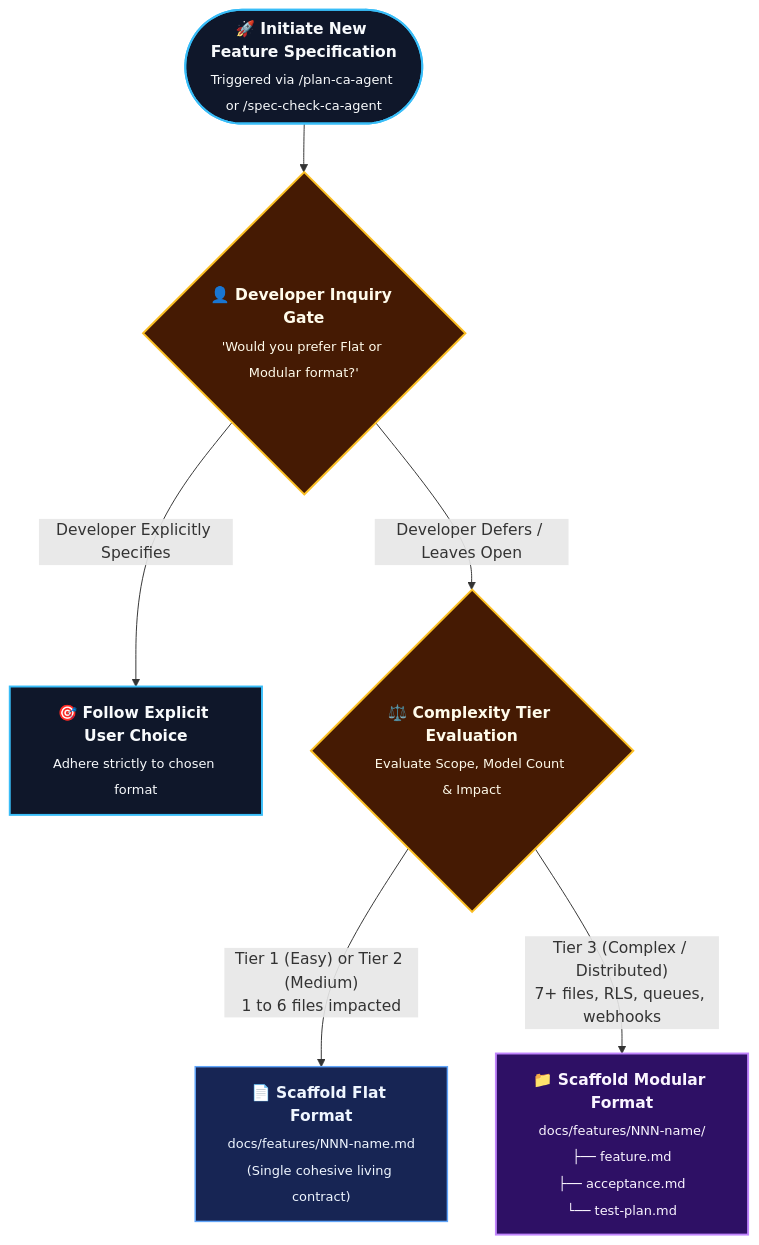
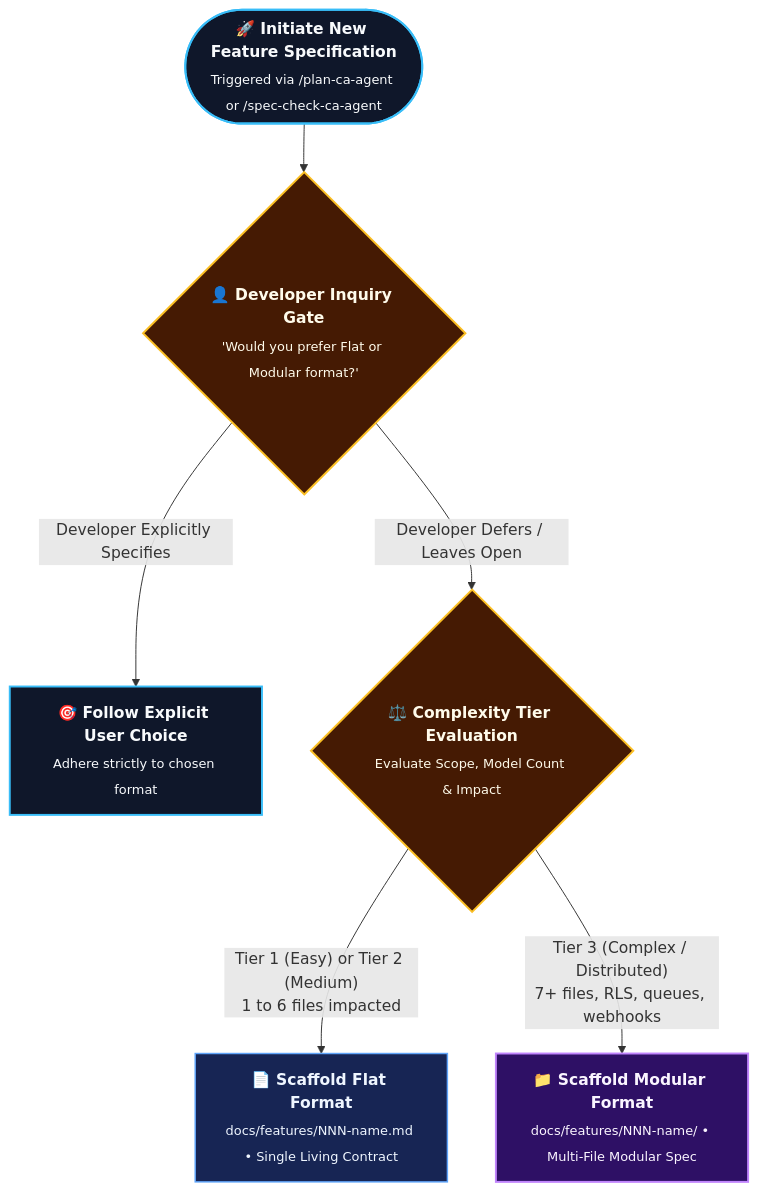
One commit to rmsofficialsyt/Agentic-AI-Vibe-Coding-AND-SDD-TDD-Codebase-Chandan-Adhikary changed the first of 3 diagrams in SDD-TDD-Chandan-Adhikary/Spec-Driven-Development/docs/features/README.md. Above: the diagram before and after it, drawn with Mermaid. The commit also changed 14 other files, not shown here.

Commit message:
docs: standardize diagram card sizes, layouts, and UI sizing scale across frameworks

````diff
--- a/SDD-TDD-Chandan-Adhikary/Spec-Driven-Development/docs/features/README.md
+++ b/SDD-TDD-Chandan-Adhikary/Spec-Driven-Development/docs/features/README.md
@@ -28,15 +28,15 @@
 ```mermaid
 flowchart TD
     classDef start fill:#0f172a,stroke:#38bdf8,stroke-width:2px,color:#f8fafc;
     classDef gate fill:#451a03,stroke:#fbbf24,stroke-width:2px,color:#fffbeb;
     classDef flat fill:#172554,stroke:#60a5fa,stroke-width:1.5px,color:#eff6ff;
     classDef modular fill:#2e1065,stroke:#c084fc,stroke-width:2px,color:#faf5ff;
 
     Start(["<b>🚀 Initiate New Feature Specification</b><br/><sub>Triggered via /plan-ca-agent or /spec-check-ca-agent</sub>"]):::start --> DevAsk{"<b>👤 Developer Inquiry Gate</b><br/><sub>'Would you prefer Flat or Modular format?'</sub>"}:::gate
     
     DevAsk -->|"Developer Explicitly Specifies"| UserChoice["<b>🎯 Follow Explicit User Choice</b><br/><sub>Adhere strictly to chosen format</sub>"]:::start
     DevAsk -->|"Developer Defers / Leaves Open"| AutoTier{"<b>⚖️ Complexity Tier Evaluation</b><br/><sub>Evaluate Scope, Model Count & Impact</sub>"}:::gate
     
-    AutoTier -->|"Tier 1 (Easy) or Tier 2 (Medium)<br/>1 to 6 files impacted"| FlatFormat["<b>📄 Scaffold Flat Format</b><br/><sub>docs/features/NNN-name.md<br/>(Single cohesive living contract)</sub>"]:::flat
-    AutoTier -->|"Tier 3 (Complex / Distributed)<br/>7+ files, RLS, queues, webhooks"| ModularFormat["<b>📁 Scaffold Modular Format</b><br/><sub>docs/features/NNN-name/<br/>├── feature.md<br/>├── acceptance.md<br/>└── test-plan.md</sub>"]:::modular
+    AutoTier -->|"Tier 1 (Easy) or Tier 2 (Medium)<br/>1 to 6 files impacted"| FlatFormat["<b>📄 Scaffold Flat Format</b><br/><sub>docs/features/NNN-name.md • Single Living Contract</sub>"]:::flat
+    AutoTier -->|"Tier 3 (Complex / Distributed)<br/>7+ files, RLS, queues, webhooks"| ModularFormat["<b>📁 Scaffold Modular Format</b><br/><sub>docs/features/NNN-name/ • Multi-File Modular Spec</sub>"]:::modular
 ```
````
